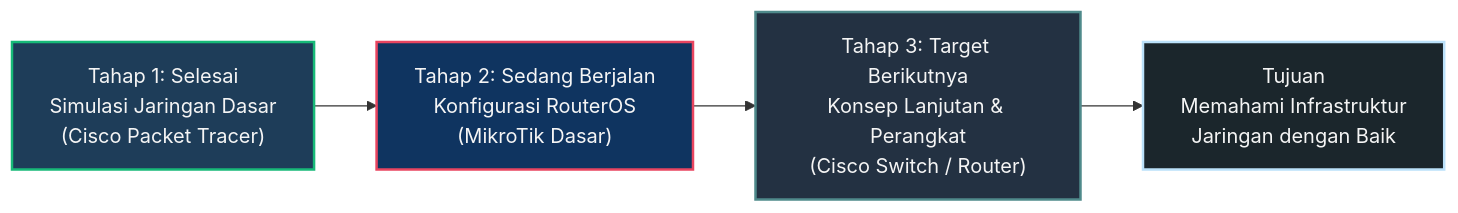
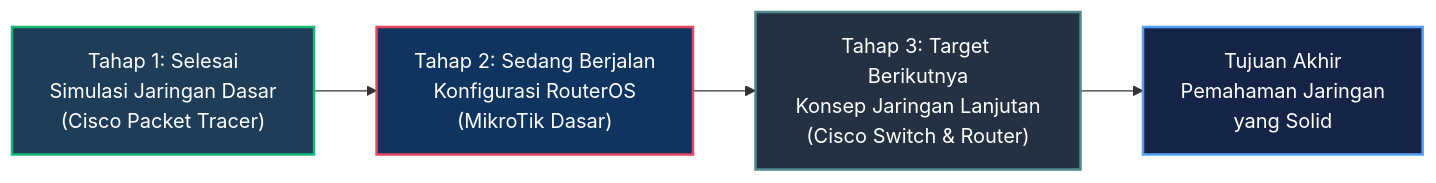
The diagram in README.md (DrBham/DrBham), drawn with Mermaid before and after one commit. The commit also changed other lines of this file, not shown here.

````diff
--- a/README.md
+++ b/README.md
@@ -59,14 +57,11 @@
 ```mermaid
 flowchart LR
-    A["Tahap 1: Selesai\nSimulasi Jaringan Dasar\n(Cisco Packet Tracer)"]
-    B["Tahap 2: Sedang Berjalan\nKonfigurasi RouterOS\n(MikroTik Dasar)"]
-    C["Tahap 3: Target Berikutnya\nKonsep Lanjutan & Perangkat\n(Cisco Switch / Router)"]
-    D["Tujuan\nMemahami Infrastruktur\nJaringan dengan Baik"]
+    A["Tahap 1: Selesai<br/>Simulasi Jaringan Dasar<br/>(Cisco Packet Tracer)"] --> B["Tahap 2: Sedang Berjalan<br/>Konfigurasi RouterOS<br/>(MikroTik Dasar)"]
+    B --> C["Tahap 3: Target Berikutnya<br/>Konsep Jaringan Lanjutan<br/>(Cisco Switch & Router)"]
+    C --> D["Tujuan Akhir<br/>Pemahaman Jaringan<br/>yang Solid"]
 
-    A --> B --> C --> D
-
-    style A fill:#1e3d59,stroke:#17b978,stroke-width:2px,color:#f5f5f5
-    style B fill:#0f3460,stroke:#e94560,stroke-width:2px,color:#f5f5f5
-    style C fill:#233142,stroke:#4f8a8b,stroke-width:2px,color:#f5f5f5
-    style D fill:#1b262c,stroke:#bbe1fa,stroke-width:2px,color:#f5f5f5
+    style A fill:#1e3d59,stroke:#17b978,stroke-width:2px,color:#ffffff
+    style B fill:#0f3460,stroke:#e94560,stroke-width:2px,color:#ffffff
+    style C fill:#233142,stroke:#4f8a8b,stroke-width:2px,color:#ffffff
+    style D fill:#162447,stroke:#54a0ff,stroke-width:2px,color:#ffffff
 ```
````
